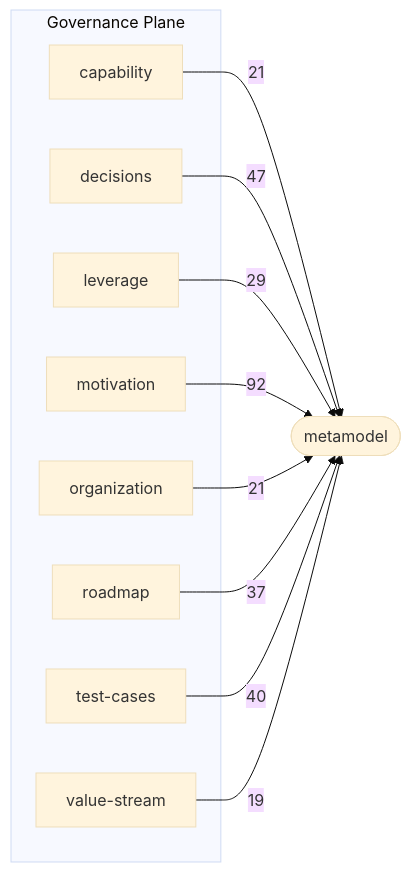
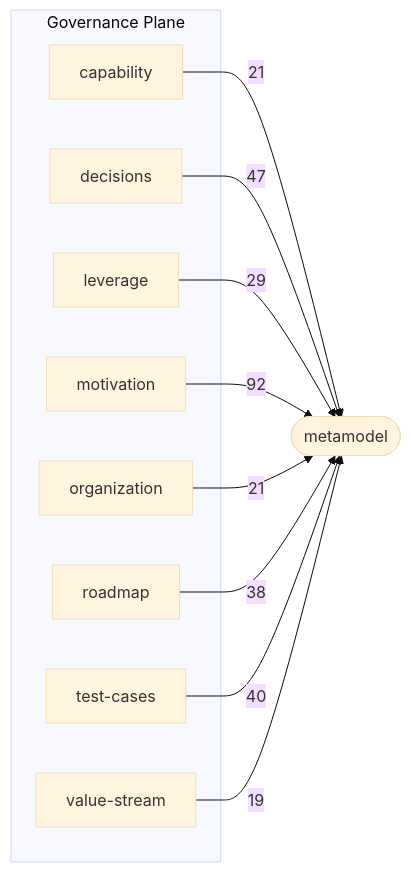
One commit to Archally/blueprint-schema changed the third of 3 diagrams in docs/schema-atlas/v2.8/layer-map.md. Above: the diagram before and after it, drawn with Mermaid (base theme). The commit also changed 4 other files, not shown here.

Commit message:
Schema Atlas: the catalog follows the 2.8.63 schema

````diff
--- a/docs/schema-atlas/v2.8/layer-map.md
+++ b/docs/schema-atlas/v2.8/layer-map.md
@@ -139,22 +139,22 @@
 ```mermaid
 graph LR
     subgraph governance_plane["Governance Plane"]
         governance_capability_schema_yaml["capability"]
         governance_decisions_schema_yaml["decisions"]
         governance_leverage_schema_yaml["leverage"]
         governance_motivation_schema_yaml["motivation"]
         governance_organization_schema_yaml["organization"]
         governance_roadmap_schema_yaml["roadmap"]
         governance_test_cases_schema_yaml["test-cases"]
         governance_value_stream_schema_yaml["value-stream"]
     end
     metamodel_schema_yaml(["metamodel"])
     governance_capability_schema_yaml -->|21| metamodel_schema_yaml
     governance_decisions_schema_yaml -->|47| metamodel_schema_yaml
     governance_leverage_schema_yaml -->|29| metamodel_schema_yaml
     governance_motivation_schema_yaml -->|92| metamodel_schema_yaml
     governance_organization_schema_yaml -->|21| metamodel_schema_yaml
-    governance_roadmap_schema_yaml -->|37| metamodel_schema_yaml
+    governance_roadmap_schema_yaml -->|38| metamodel_schema_yaml
     governance_test_cases_schema_yaml -->|40| metamodel_schema_yaml
     governance_value_stream_schema_yaml -->|19| metamodel_schema_yaml
 ```
````
